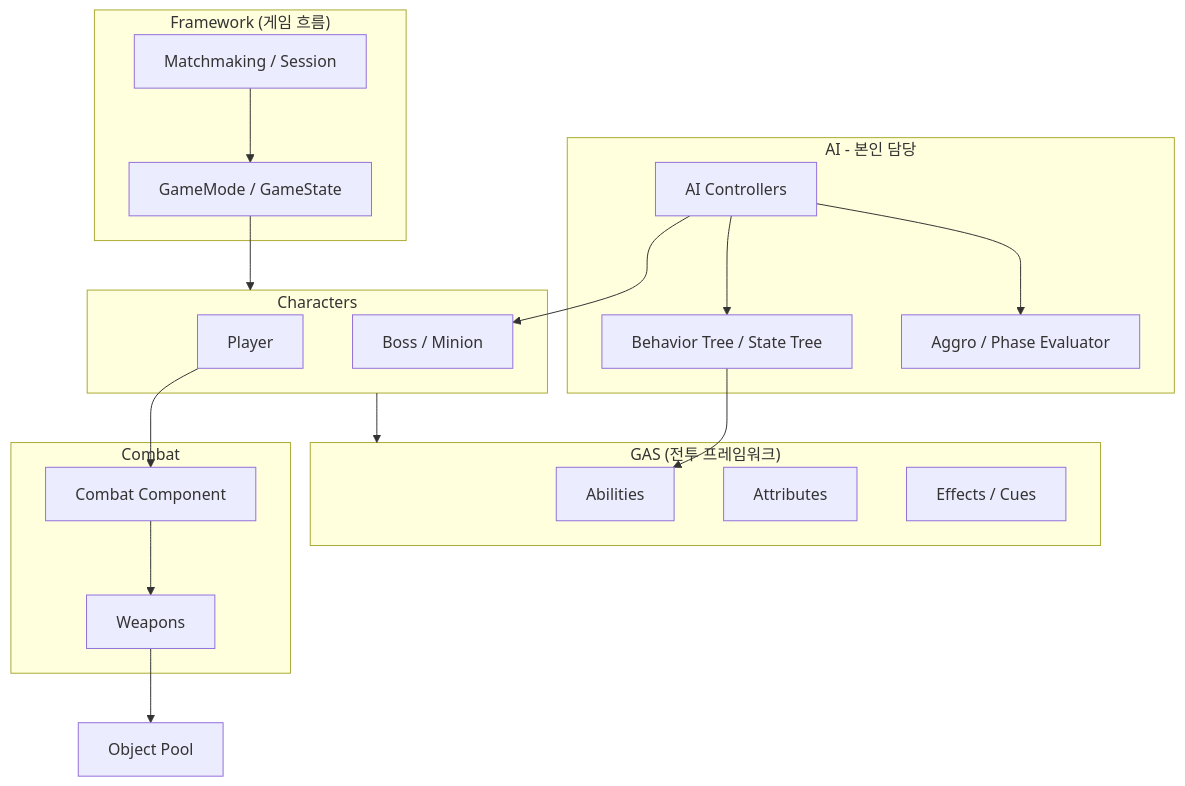
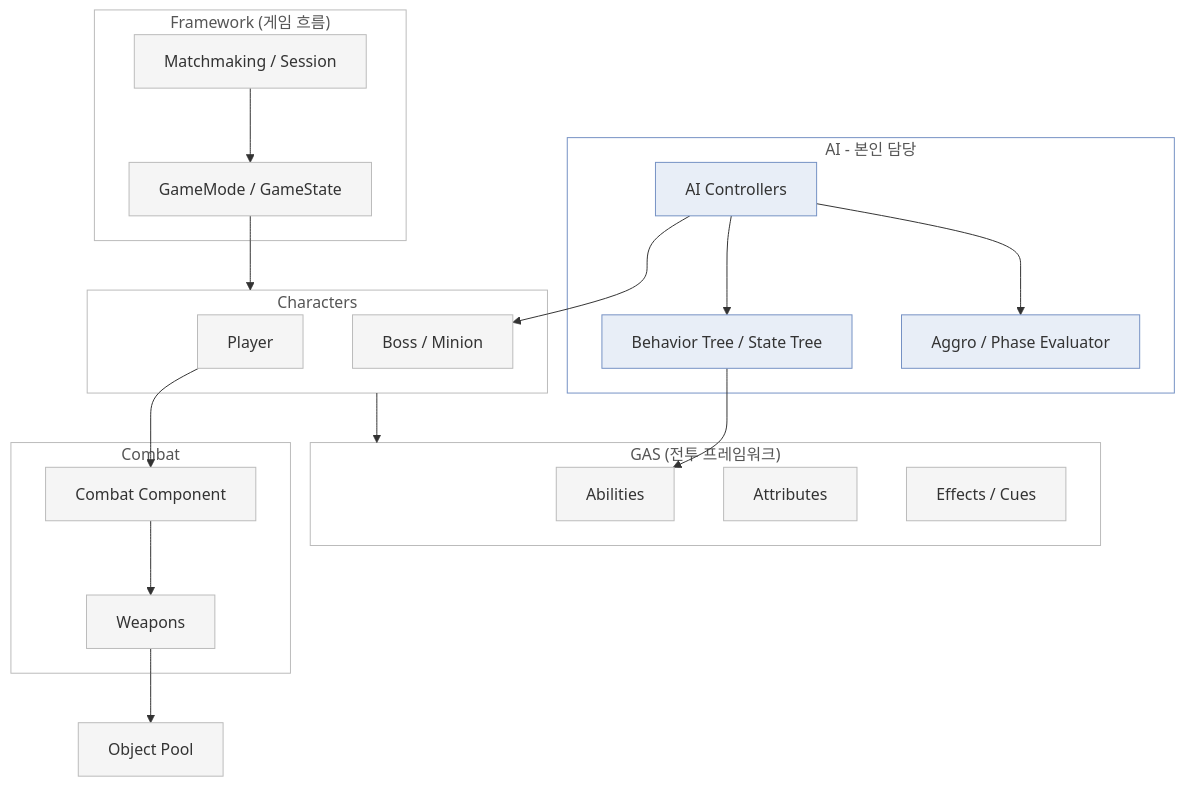
Before and after one commit to seongwon1579/ProjectBlackout: the first of 6 diagrams in README.md, drawn with Mermaid. The commit also changed other lines of this file, not shown here.

````diff
--- a/README.md
+++ b/README.md
@@ -62,37 +62,48 @@
 ```mermaid
 graph TD
     subgraph Framework["Framework (게임 흐름)"]
         GM[GameMode / GameState]
         MM[Matchmaking / Session]
     end
     subgraph Character["Characters"]
         PC[Player]
         Enemy[Boss / Minion]
     end
     subgraph AI["AI - 본인 담당"]
         Ctrl[AI Controllers]
         BTST[Behavior Tree / State Tree]
         Eval[Aggro / Phase Evaluator]
     end
     subgraph GAS["GAS (전투 프레임워크)"]
         Ability[Abilities]
         Attr[Attributes]
         Effect[Effects / Cues]
     end
     subgraph Combat["Combat"]
         Weapon[Weapons]
         CombatComp[Combat Component]
     end
     Pool[Object Pool]
 
     GM --> Character
     MM --> GM
     Ctrl --> Enemy
     Ctrl --> BTST
     Ctrl --> Eval
     BTST --> Ability
     PC --> CombatComp
     CombatComp --> Weapon
     Character --> GAS
     Weapon --> Pool
+
+    classDef box fill:#f5f5f5,stroke:#bbb,color:#333
+    classDef ai fill:#e8eef7,stroke:#7591c4,color:#333
+    class GM,MM,PC,Enemy,Ability,Attr,Effect,Weapon,CombatComp,Pool box
+    class Ctrl,BTST,Eval ai
+
+    style Framework fill:transparent,stroke:#bbb,color:#555
+    style Character fill:transparent,stroke:#bbb,color:#555
+    style AI fill:transparent,stroke:#7591c4,color:#555
+    style GAS fill:transparent,stroke:#bbb,color:#555
+    style Combat fill:transparent,stroke:#bbb,color:#555
 ```
````
